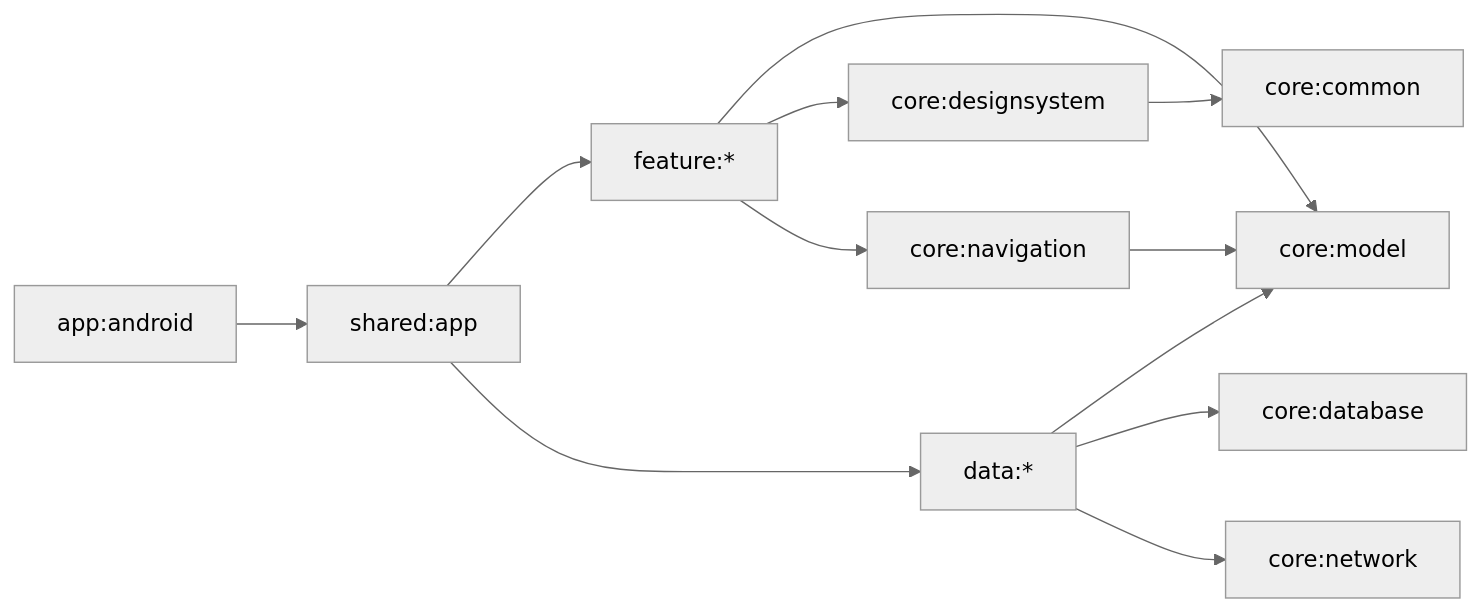
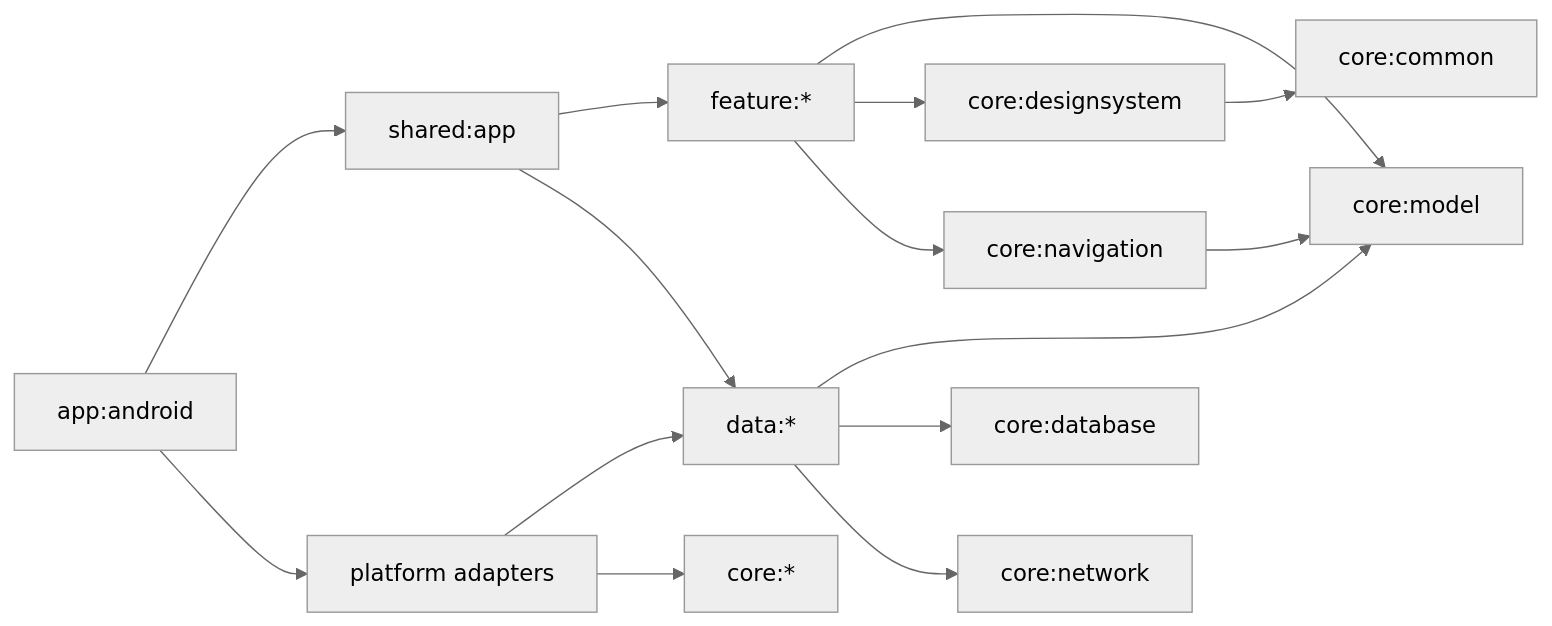
One commit to Sherlock-Holmos/anime changed the diagram in docs/frontend/10-engineering-baseline.md. Above: the diagram before and after it, drawn with Mermaid (neutral theme). The commit also changed other lines of this file and 122 other files, not shown here.

Commit message:
feat: complete P0 cross-platform product flow

````diff
--- a/docs/frontend/10-engineering-baseline.md
+++ b/docs/frontend/10-engineering-baseline.md
@@ -101,14 +101,17 @@
 ```mermaid
 flowchart LR
     Android[app:android] --> App[shared:app]
+    Android --> PlatformAdapters[platform adapters]
+    PlatformAdapters --> Data[data:*]
+    PlatformAdapters --> Core[core:*]
     App --> Feature[feature:*]
     App --> Data[data:*]
     Feature --> Model[core:model]
     Feature --> Design[core:designsystem]
     Feature --> Nav[core:navigation]
     Data --> Model
     Data --> DB[core:database]
     Data --> Net[core:network]
     Design --> Common[core:common]
     Nav --> Model
 ```
````
